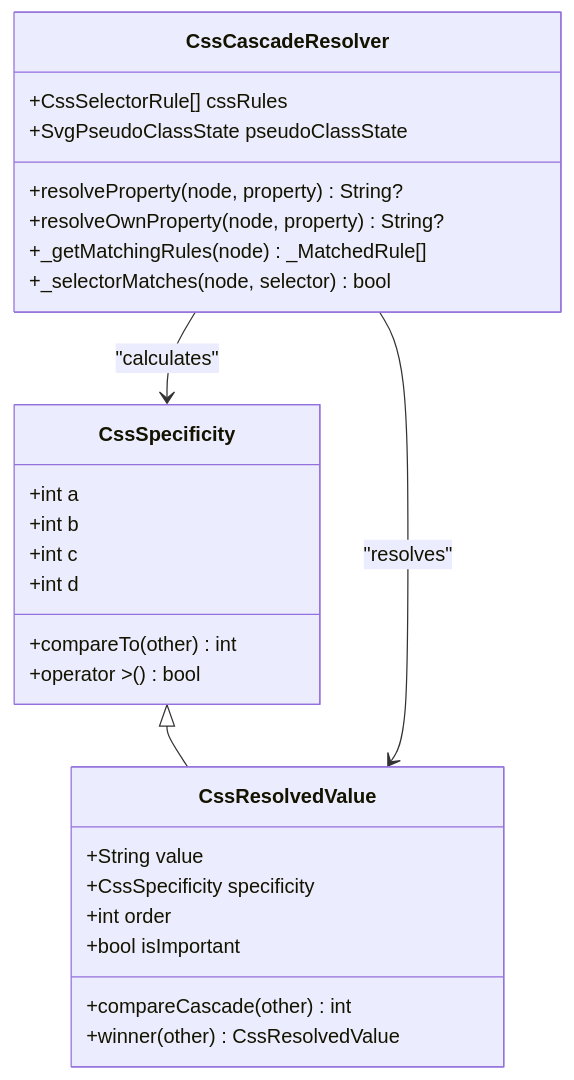
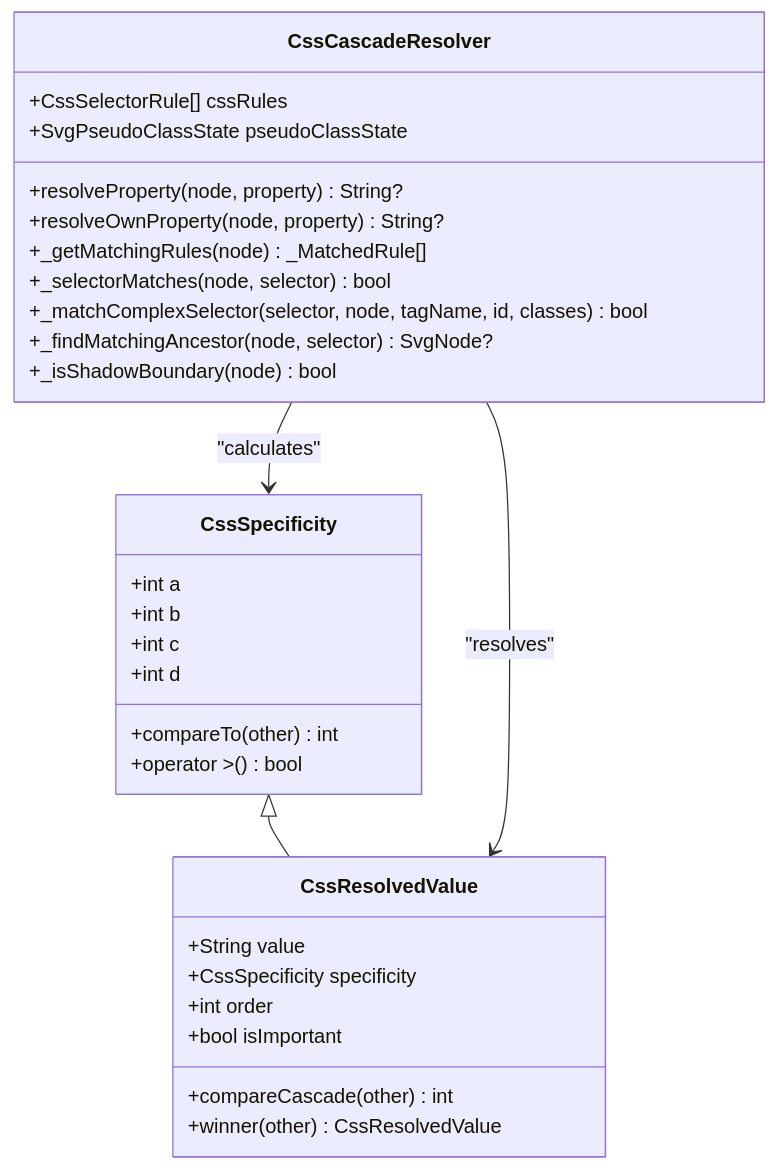
One commit to denisnadey/flutter_full_svg_support changed the third of 9 diagrams in .qoder/repowiki/en/content/Animated SVG Support/CSS Animation Conversion.md. Above: the diagram before and after it, drawn with Mermaid. The commit also changed other lines of this file and 20 other files, not shown here.

````diff
--- a/.qoder/repowiki/en/content/Animated SVG Support/CSS Animation Conversion.md
+++ b/.qoder/repowiki/en/content/Animated SVG Support/CSS Animation Conversion.md
@@ -201,30 +221,33 @@
 ```mermaid
 classDiagram
 class CssSpecificity {
 +int a
 +int b
 +int c
 +int d
 +compareTo(other) int
 +operator >() bool
 }
 class CssCascadeResolver {
 +CssSelectorRule[] cssRules
 +SvgPseudoClassState pseudoClassState
 +resolveProperty(node, property) String?
 +resolveOwnProperty(node, property) String?
 +_getMatchingRules(node) _MatchedRule[]
 +_selectorMatches(node, selector) bool
++_matchComplexSelector(selector, node, tagName, id, classes) bool
++_findMatchingAncestor(node, selector) SvgNode?
++_isShadowBoundary(node) bool
 }
 class CssResolvedValue {
 +String value
 +CssSpecificity specificity
 +int order
 +bool isImportant
 +compareCascade(other) int
 +winner(other) CssResolvedValue
 }
 CssSpecificity <|-- CssResolvedValue
 CssCascadeResolver --> CssSpecificity : "calculates"
 CssCascadeResolver --> CssResolvedValue : "resolves"
 ```
````
